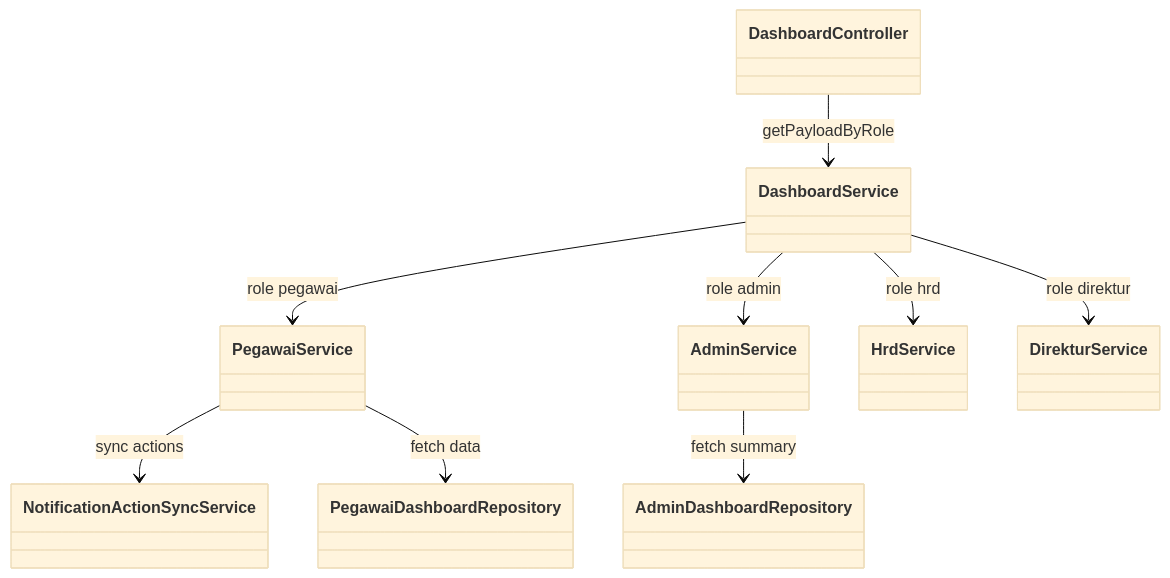
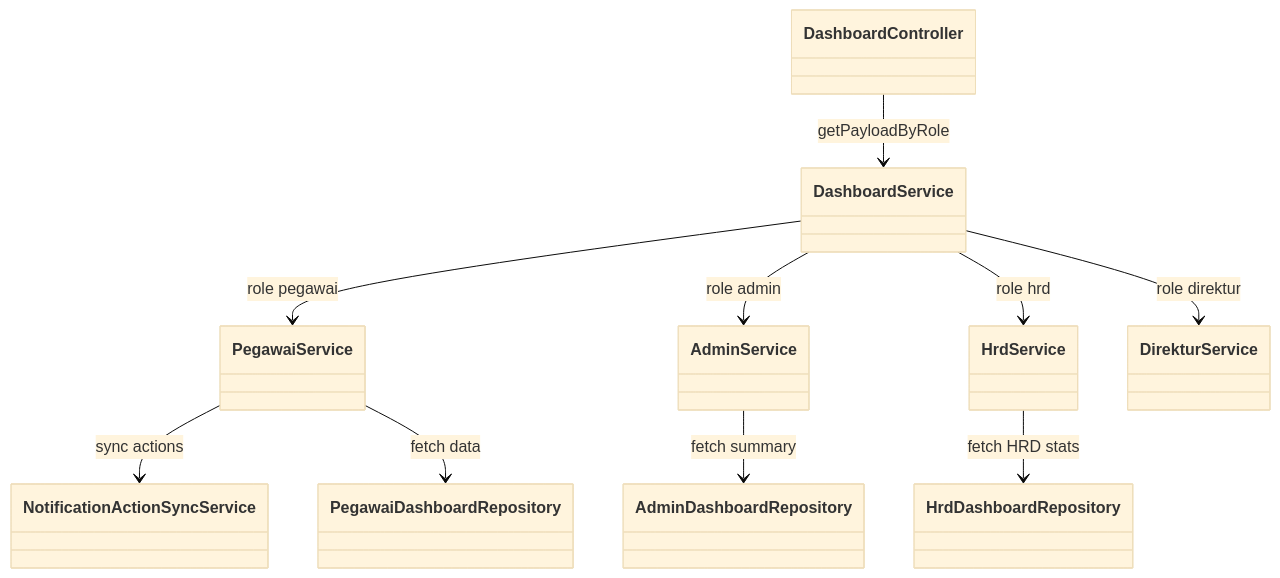
The eighth of 36 diagrams in dokumentasi/dokumentasi_app.md (widy4aa/BE-SIMPEG-RSKALISAT), drawn with Mermaid (base theme) before and after one commit. The commit also changed other lines of this file and 21 other files, not shown here.

````diff
--- a/dokumentasi/dokumentasi_app.md
+++ b/dokumentasi/dokumentasi_app.md
@@ -358,21 +359,23 @@
 ```mermaid
 classDiagram
 	class DashboardController
 	class DashboardService
 	class PegawaiService
 	class AdminService
 	class HrdService
 	class DirekturService
 	class PegawaiDashboardRepository
 	class AdminDashboardRepository
+	class HrdDashboardRepository
 	class NotificationActionSyncService
 
 	DashboardController --> DashboardService : getPayloadByRole
 	DashboardService --> PegawaiService : role pegawai
 	DashboardService --> AdminService : role admin
 	DashboardService --> HrdService : role hrd
 	DashboardService --> DirekturService : role direktur
 	PegawaiService --> NotificationActionSyncService : sync actions
 	PegawaiService --> PegawaiDashboardRepository : fetch data
 	AdminService --> AdminDashboardRepository : fetch summary
+	HrdService --> HrdDashboardRepository : fetch HRD stats
 ```
````
